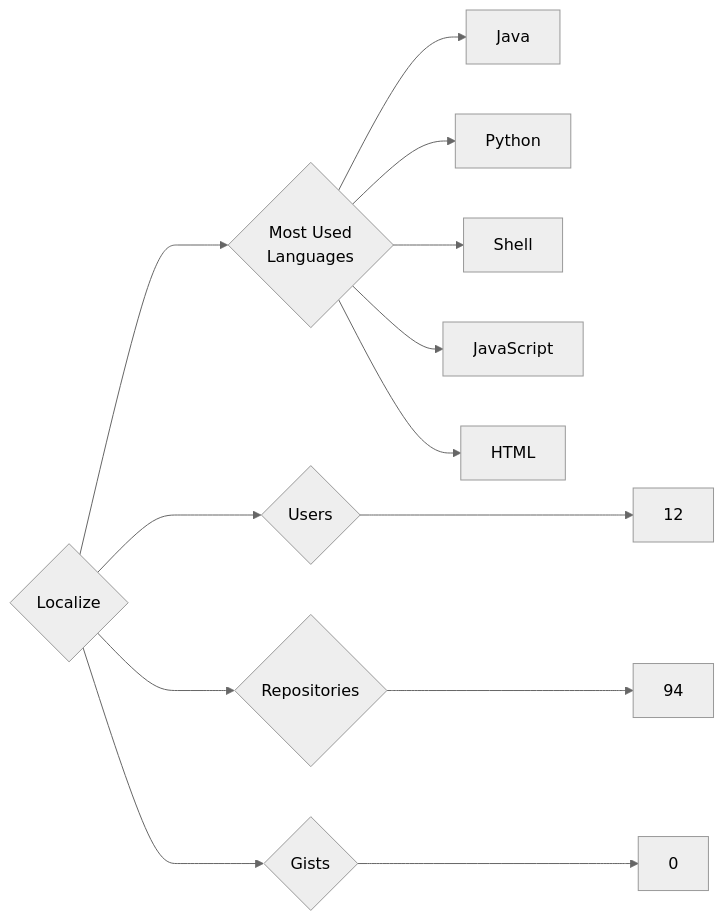
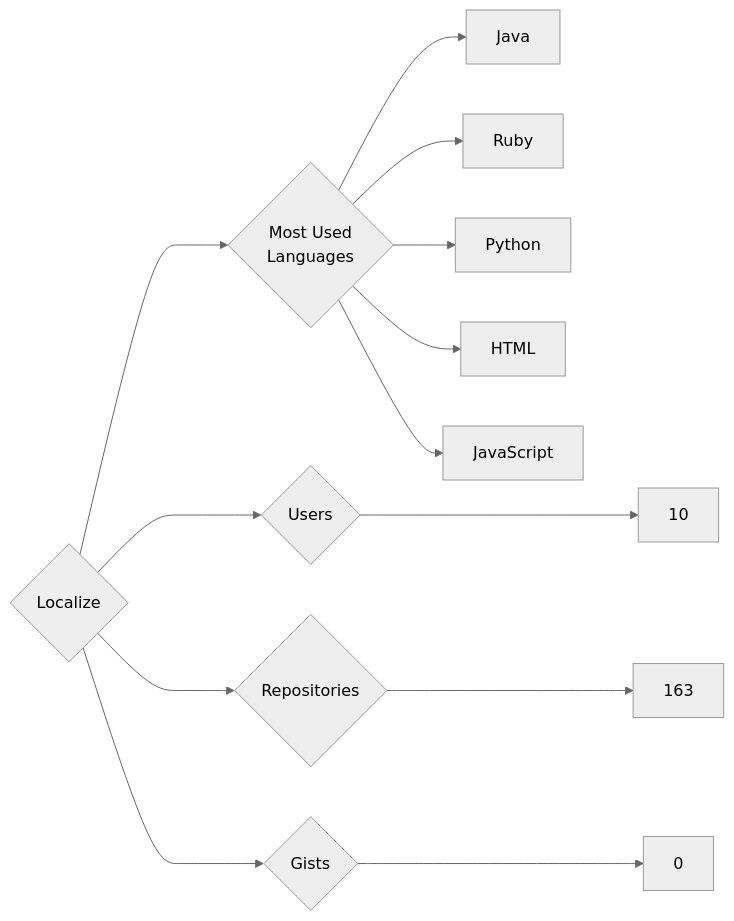
The diagram in targets/Localize/README.md (trickest/insiders), drawn with Mermaid (neutral theme) before and after one commit. The commit also changed 927 other files, not shown here.

````diff
--- a/targets/Localize/README.md
+++ b/targets/Localize/README.md
@@ -3,13 +3,13 @@
 ```mermaid
 graph LR
 COMPANY_NAME{Localize}
-COMPANY_NAME ---> U{Users} ---> UN[12]
-COMPANY_NAME ---> R{Repositories} ---> RN[94]
+COMPANY_NAME ---> U{Users} ---> UN[10]
+COMPANY_NAME ---> R{Repositories} ---> RN[163]
 COMPANY_NAME ---> G{Gists} ---> GN[0]
 COMPANY_NAME ---> ML{Most Used<br>Languages}
 ML --> Java[Java]
+ML --> Ruby[Ruby]
 ML --> Python[Python]
-ML --> Shell[Shell]
+ML --> HTML[HTML]
 ML --> JavaScript[JavaScript]
-ML --> HTML[HTML]
 ```
````
